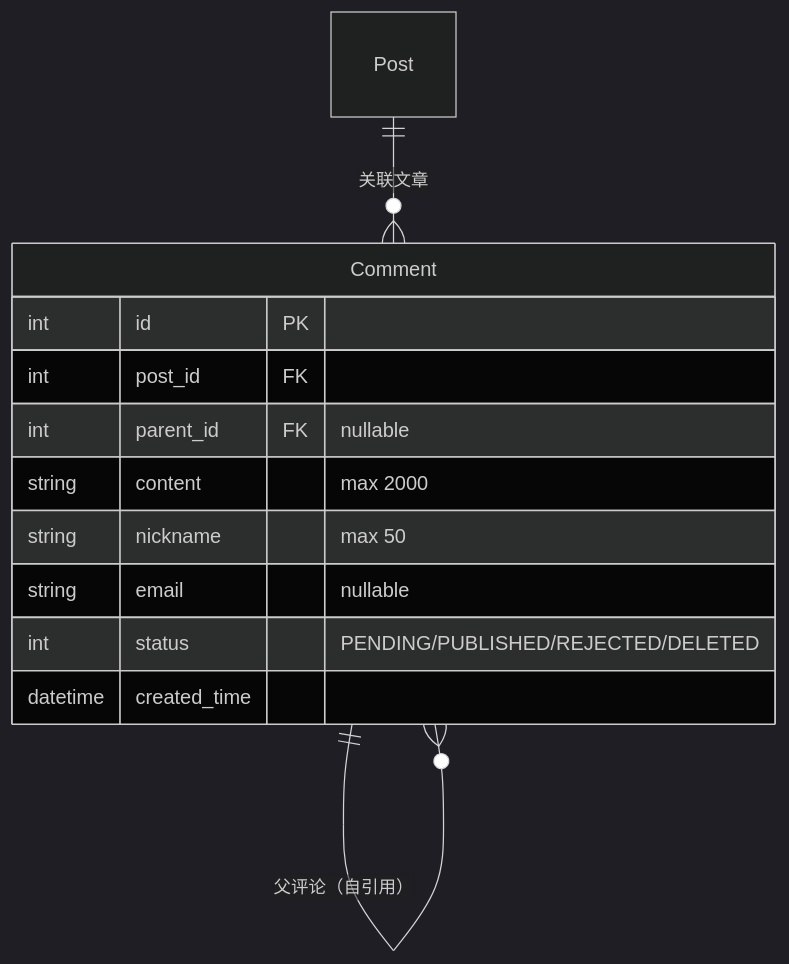
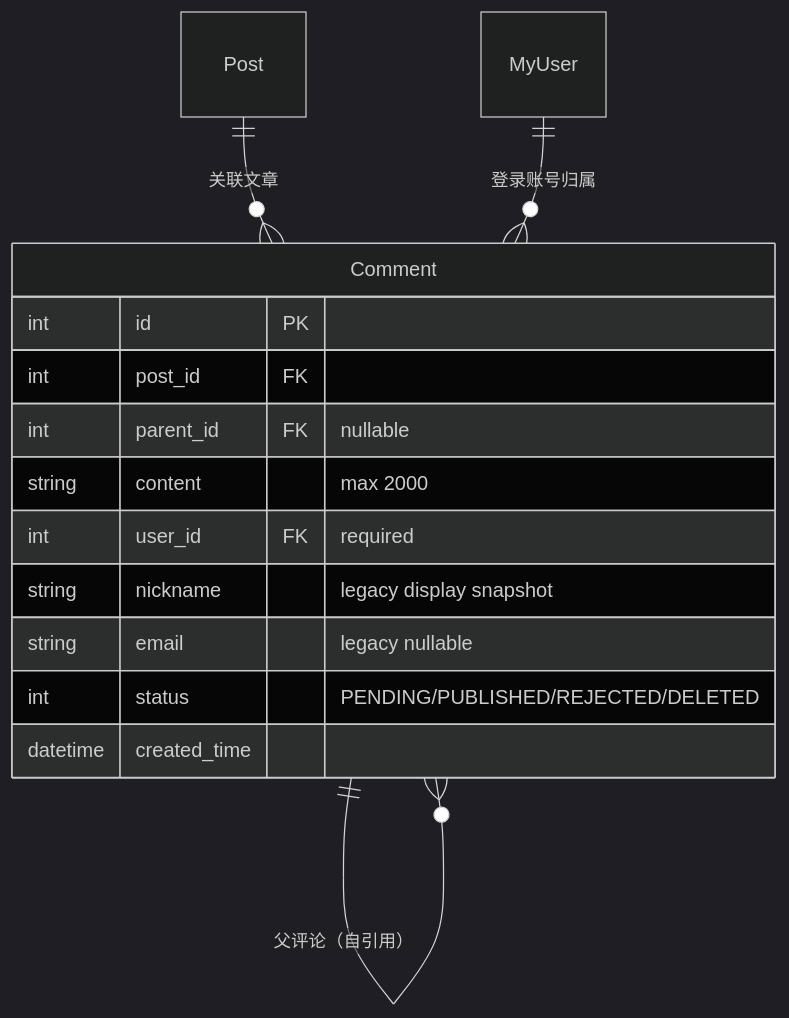
The second of 7 diagrams in comment/DEVELOPMENT.md (se-veN714/PowerAdapterBlogs), drawn with Mermaid (dark theme) before and after one commit. The commit also changed other lines of this file and 83 other files, not shown here.

````diff
--- a/comment/DEVELOPMENT.md
+++ b/comment/DEVELOPMENT.md
@@ -89,16 +90,18 @@
 ```mermaid
 erDiagram
     Comment ||--o{ Comment : "父评论（自引用）"
     Post ||--o{ Comment : "关联文章"
+    MyUser ||--o{ Comment : "登录账号归属"
 
     Comment {
         int id PK
         int post_id FK
         int parent_id FK "nullable"
         string content "max 2000"
-        string nickname "max 50"
-        string email "nullable"
+        int user_id FK "required"
+        string nickname "legacy display snapshot"
+        string email "legacy nullable"
         int status "PENDING/PUBLISHED/REJECTED/DELETED"
         datetime created_time
     }
 ```
````
